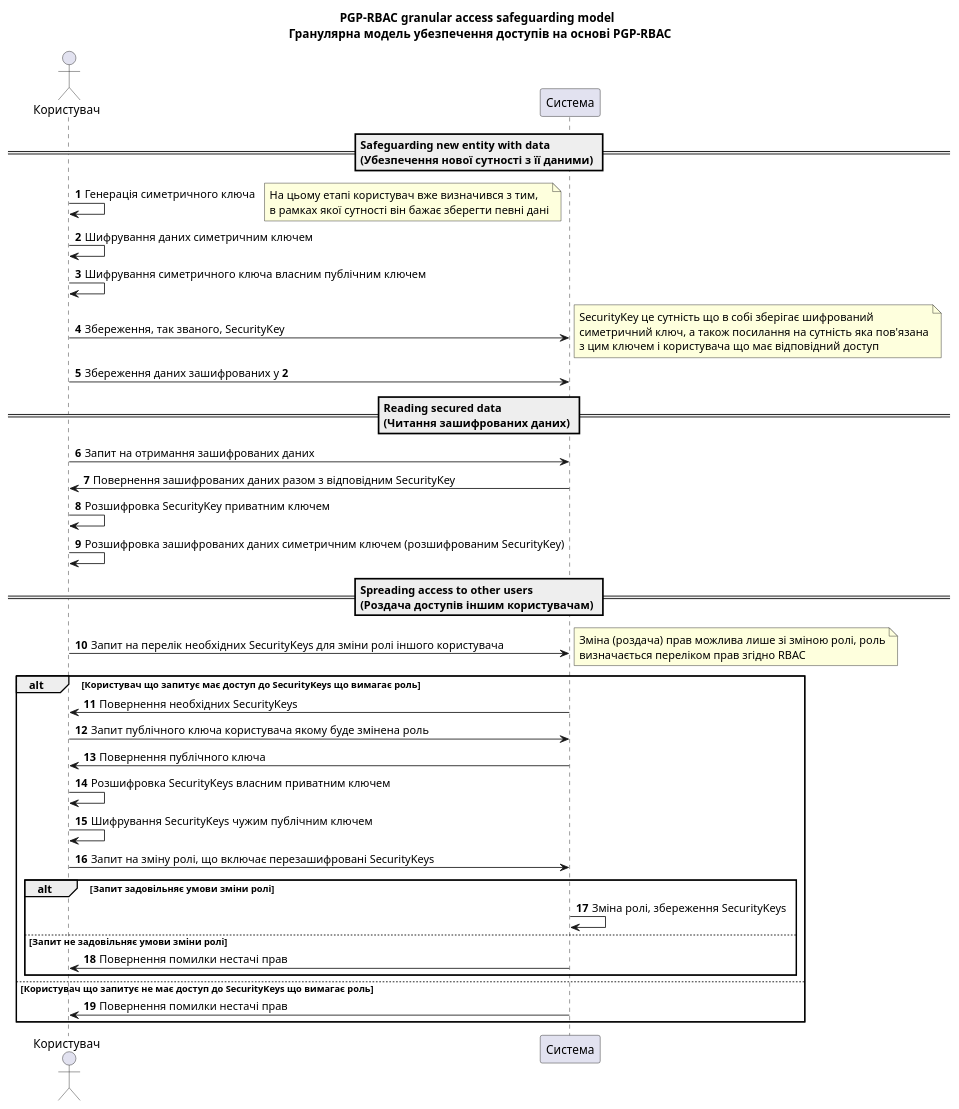
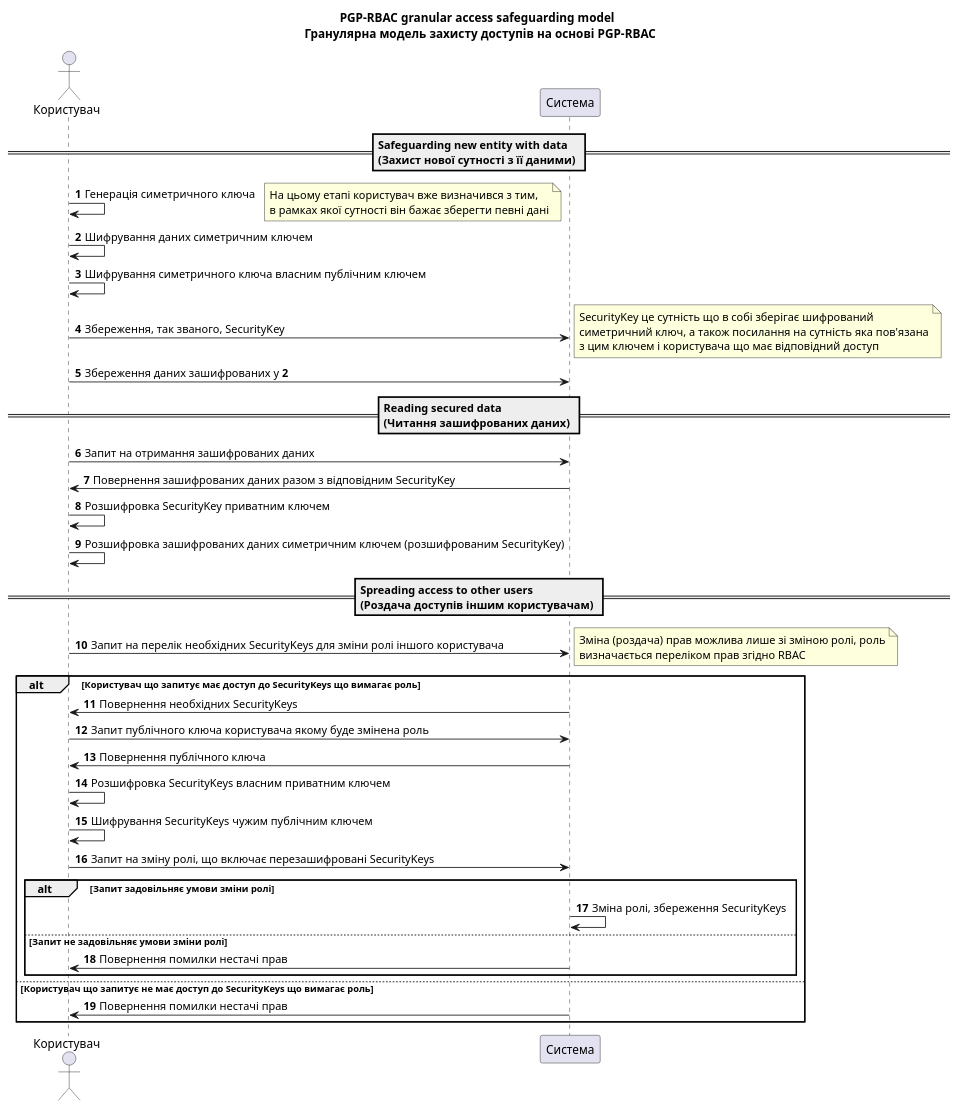
Before and after one commit to Danil-Kolmahin/master-diploma: the diagram in docs/schematic-diagram.pu, drawn with PlantUML.

Commit message:
Documentation +9

```diff
--- a/docs/schematic-diagram.pu
+++ b/docs/schematic-diagram.pu
@@ -1,54 +1,54 @@
 @startuml schematic-diagram
 
 autonumber
 
-title PGP-RBAC granular access safeguarding model \n Гранулярна модель убезпечення доступів на основі PGP-RBAC
+title PGP-RBAC granular access safeguarding model \n Гранулярна модель захисту доступів на основі PGP-RBAC
 
 actor "Користувач" as User
 participant "Система" as System
 
-== Safeguarding new entity with data\n(Убезпечення нової сутності з її даними) ==
+== Safeguarding new entity with data\n(Захист нової сутності з її даними) ==
 User -> User : Генерація симетричного ключа
 note right
   На цьому етапі користувач вже визначився з тим,
   в рамках якої сутності він бажає зберегти певні дані
 end note
 User -> User : Шифрування даних симетричним ключем
 User -> User : Шифрування симетричного ключа власним публічним ключем
 User -> System : Збереження, так званого, SecurityKey
 note right
   SecurityKey це сутність що в собі зберігає шифрований
   симетричний ключ, а також посилання на сутність яка пов'язана
   з цим ключем і користувача що має відповідний доступ
 end note
 User -> System : Збереження даних зашифрованих у **2**
 
 == Reading secured data\n(Читання зашифрованих даних) ==
 User -> System : Запит на отримання зашифрованих даних
 System -> User : Повернення зашифрованих даних разом з відповідним SecurityKey
 User -> User : Розшифровка SecurityKey приватним ключем
 User -> User : Розшифровка зашифрованих даних симетричним ключем (розшифрованим SecurityKey)
 
 == Spreading access to other users\n(Роздача доступів іншим користувачам) ==
 User -> System : Запит на перелік необхідних SecurityKeys для зміни ролі іншого користувача
 note right
   Зміна (роздача) прав можлива лише зі зміною ролі, роль
   визначається переліком прав згідно RBAC
 end note
 alt Користувач що запитує має доступ до SecurityKeys що вимагає роль
   System -> User : Повернення необхідних SecurityKeys
   User -> System : Запит публічного ключа користувача якому буде змінена роль
   System -> User : Повернення публічного ключа
   User -> User : Розшифровка SecurityKeys власним приватним ключем
   User -> User : Шифрування SecurityKeys чужим публічним ключем
   User -> System : Запит на зміну ролі, що включає перезашифровані SecurityKeys
   alt Запит задовільняє умови зміни ролі
     System -> System : Зміна ролі, збереження SecurityKeys
   else Запит не задовільняє умови зміни ролі
     System -> User : Повернення помилки нестачі прав
   end
 else Користувач що запитує не має доступ до SecurityKeys що вимагає роль
   System -> User : Повернення помилки нестачі прав
 end
 
 @enduml
```
